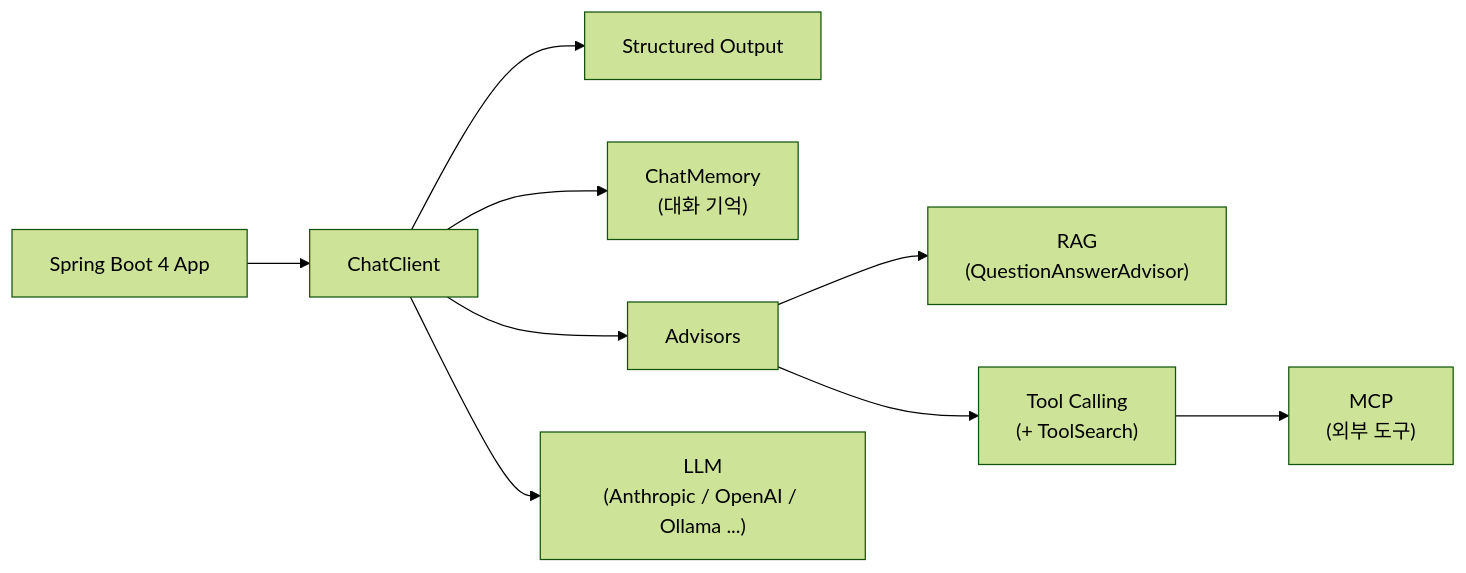
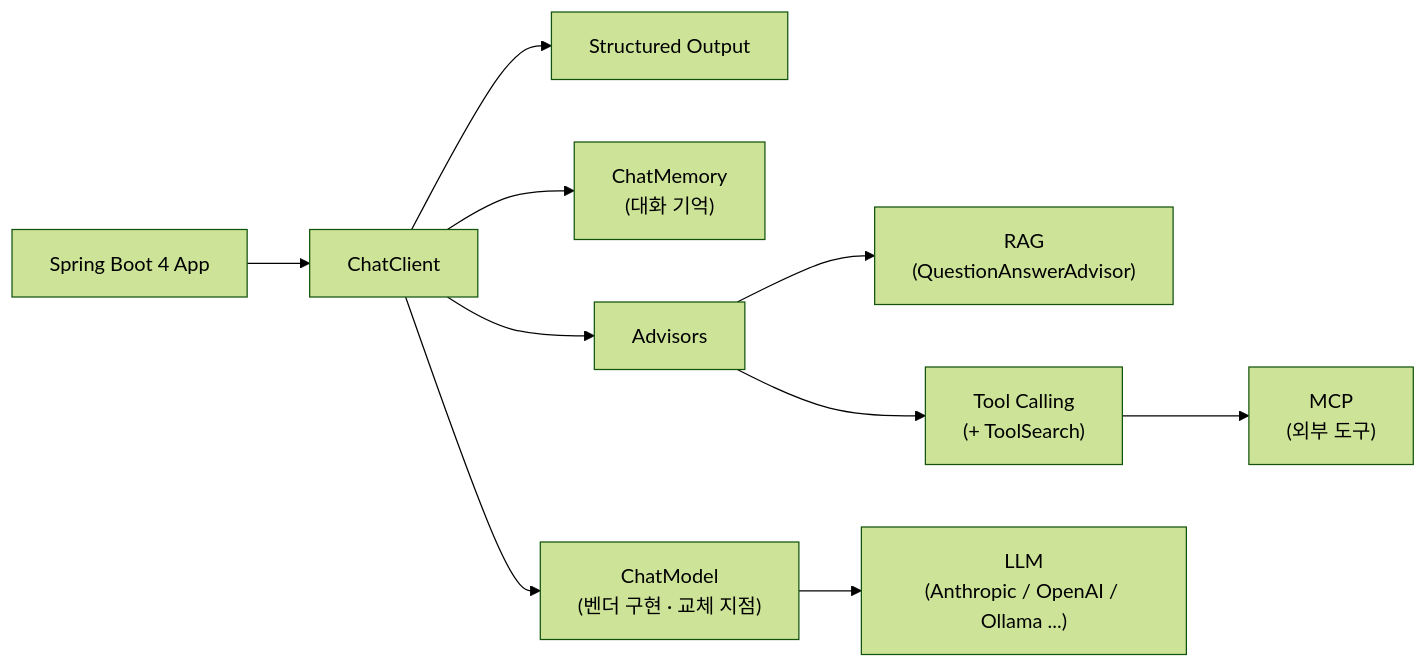
The first of 4 diagrams in spring-ai-study.md (devjune/spring-ai-study), drawn with Mermaid (forest theme) before and after one commit. The commit also changed other lines of this file, not shown here.

First line of the commit message:
docs: 큰 그림에 ChatClient 는 인터페이스, ChatModel 층 명시

````diff
--- a/spring-ai-study.md
+++ b/spring-ai-study.md
@@ -62,11 +62,12 @@
 ```mermaid
 graph LR
     App["Spring Boot 4 App"] --> CC["ChatClient"]
     CC --> SO["Structured Output"]
     CC --> Mem["ChatMemory<br/>(대화 기억)"]
     CC --> Adv["Advisors"]
     Adv --> RAG["RAG<br/>(QuestionAnswerAdvisor)"]
     Adv --> Tools["Tool Calling<br/>(+ ToolSearch)"]
     Tools --> MCP["MCP<br/>(외부 도구)"]
-    CC --> LLM["LLM<br/>(Anthropic / OpenAI / Ollama ...)"]
+    CC --> CM["ChatModel<br/>(벤더 구현 · 교체 지점)"]
+    CM --> LLM["LLM<br/>(Anthropic / OpenAI / Ollama ...)"]
 ```
````
